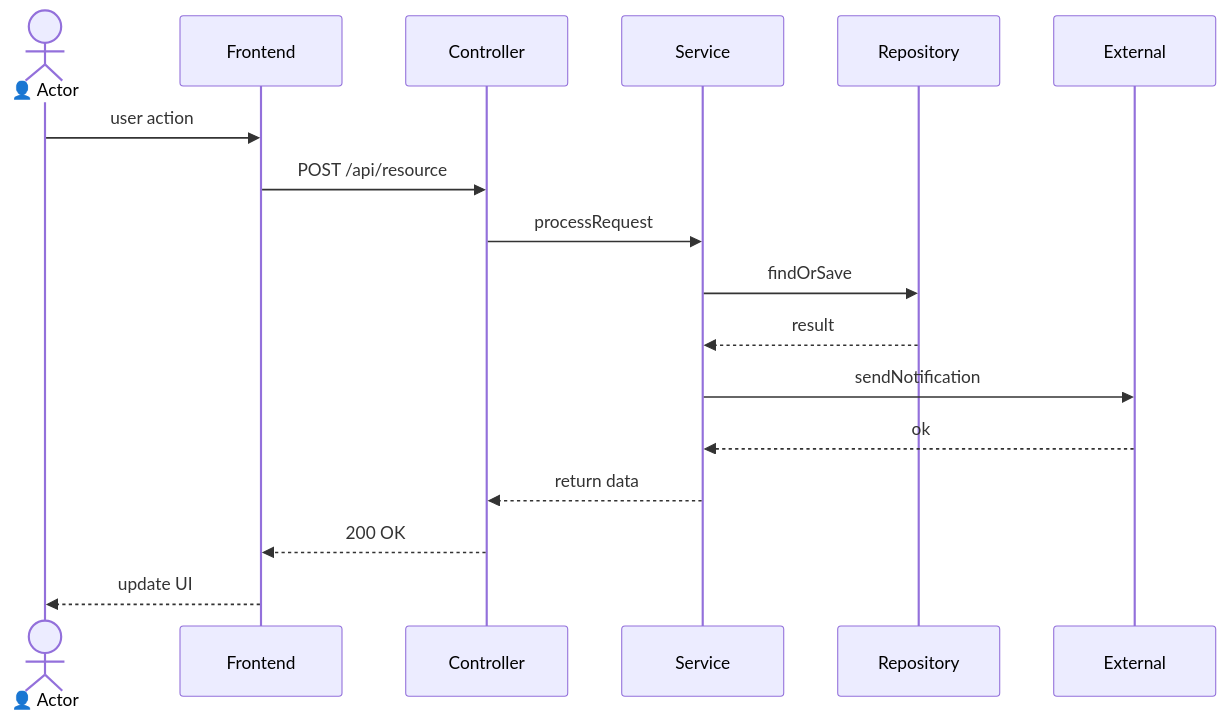
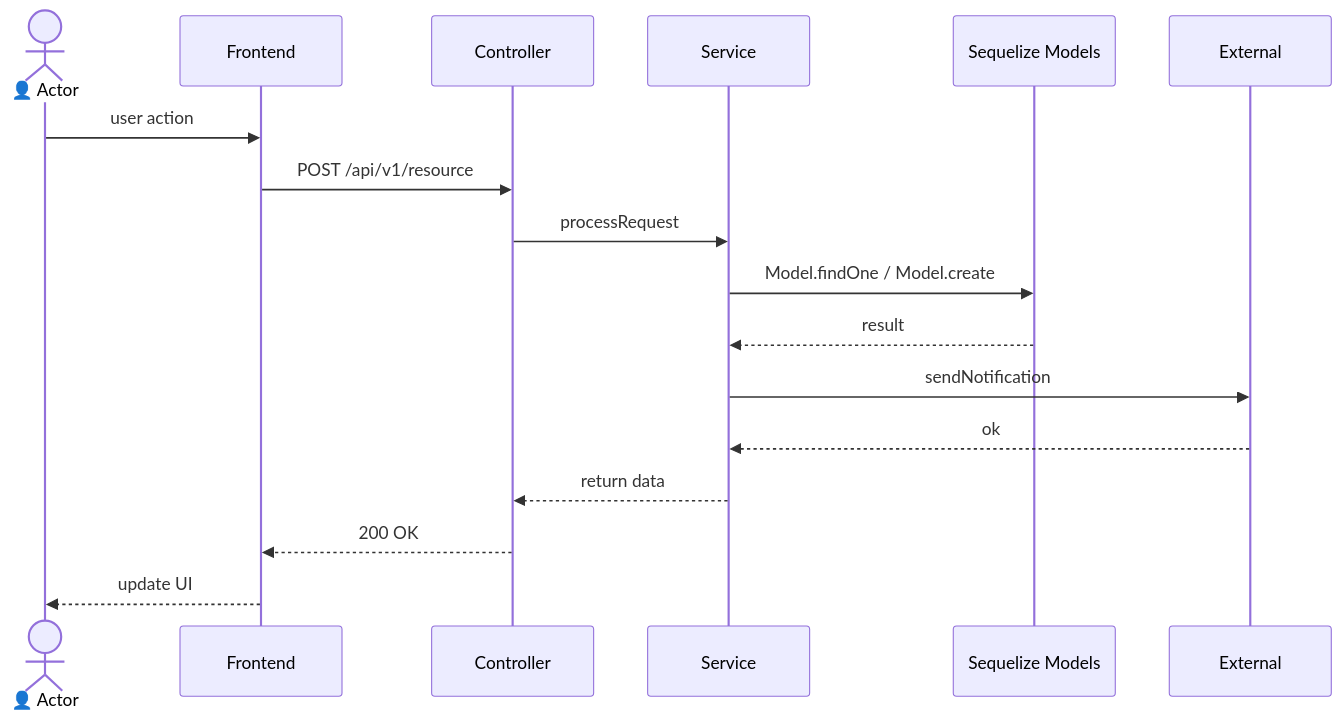
The first of 2 diagrams in docs/sequences/seq-template.md (dunghvd79/eduverse), drawn with Mermaid before and after one commit. The commit also changed other lines of this file and 11 other files, not shown here.

Commit message:
docs: synchronize sequence diagrams and API conventions to Express.js and Sequelize

````diff
--- a/docs/sequences/seq-template.md
+++ b/docs/sequences/seq-template.md
@@ -39,20 +39,20 @@
 ```mermaid
 sequenceDiagram
     actor User as 👤 Actor
     participant FE as Frontend
     participant CTRL as Controller
     participant SVC as Service
-    participant DB as Repository
+    participant DB as Sequelize Models
     participant EXT as External
 
     User->>FE: user action
-    FE->>CTRL: POST /api/resource
+    FE->>CTRL: POST /api/v1/resource
     CTRL->>SVC: processRequest
-    SVC->>DB: findOrSave
+    SVC->>DB: Model.findOne / Model.create
     DB-->>SVC: result
     SVC->>EXT: sendNotification
     EXT-->>SVC: ok
     SVC-->>CTRL: return data
     CTRL-->>FE: 200 OK
     FE-->>User: update UI
 ```
````
